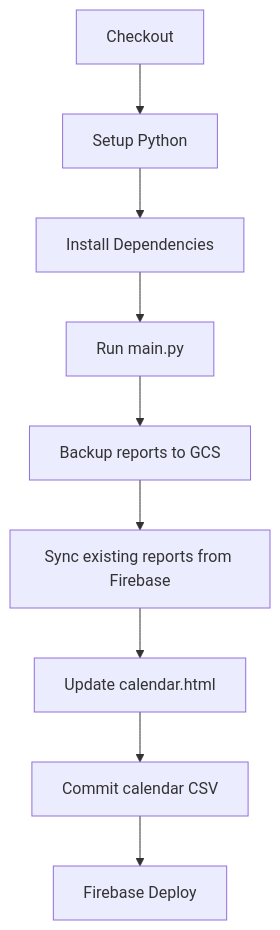
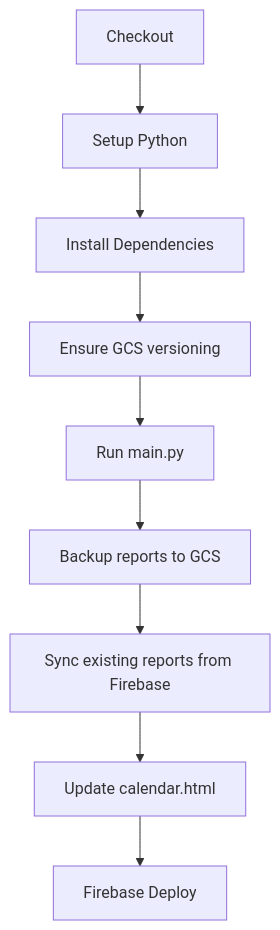
The diagram in docs/04_operations/infrastructure.md (igrekplus/football-delay-watching), drawn with Mermaid before and after one commit. The commit also changed other lines of this file and 5 other files, not shown here.

````diff
--- a/docs/04_operations/infrastructure.md
+++ b/docs/04_operations/infrastructure.md
@@ -19,11 +19,11 @@
 ```mermaid
 graph TD
     A[Checkout] --> B[Setup Python]
     B --> C[Install Dependencies]
-    C --> D[Run main.py]
-    D --> E[Backup reports to GCS]
-    E --> F[Sync existing reports from Firebase]
-    F --> G[Update calendar.html]
-    G --> H[Commit calendar CSV]
+    C --> D[Ensure GCS versioning]
+    D --> E[Run main.py]
+    E --> F[Backup reports to GCS]
+    F --> G[Sync existing reports from Firebase]
+    G --> H[Update calendar.html]
     H --> I[Firebase Deploy]
 ```
````
